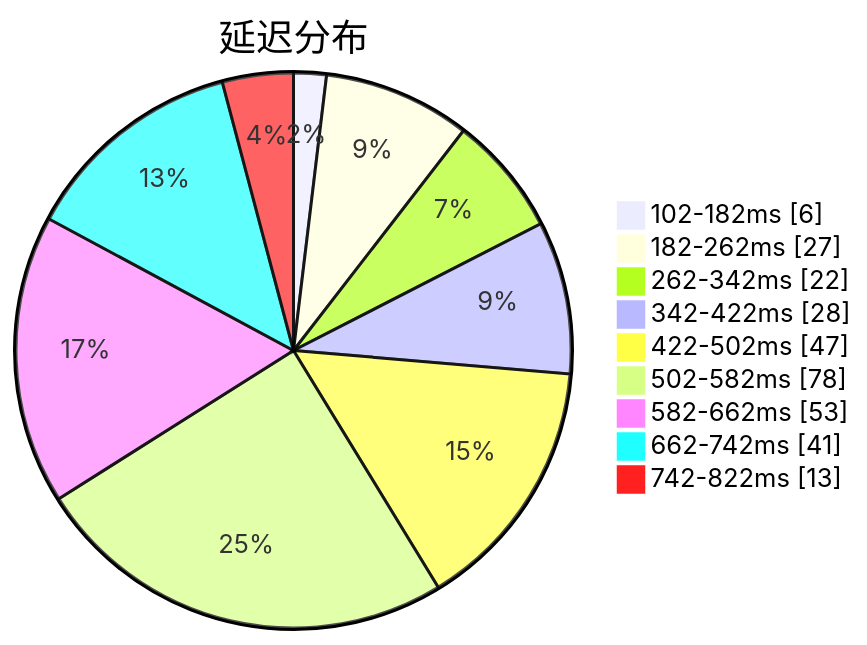
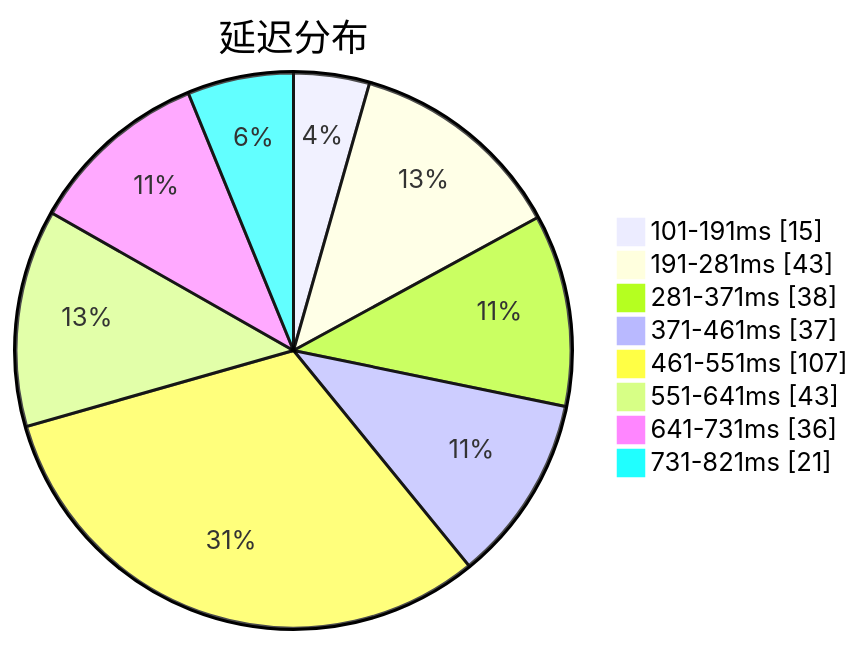
Before and after one commit to sinspired/airport: the first of 3 diagrams in subs/statistics/tested_within.md, drawn with Mermaid. The commit also changed other lines of this file and 2 other files, not shown here.

````diff
--- a/subs/statistics/tested_within.md
+++ b/subs/statistics/tested_within.md
@@ -2,13 +2,12 @@
 ```mermaid
 pie showData
 title 延迟分布
-"102-182ms" : 6
-"182-262ms" : 27
-"262-342ms" : 22
-"342-422ms" : 28
-"422-502ms" : 47
-"502-582ms" : 78
-"582-662ms" : 53
-"662-742ms" : 41
-"742-822ms" : 13
+"101-191ms" : 15
+"191-281ms" : 43
+"281-371ms" : 38
+"371-461ms" : 37
+"461-551ms" : 107
+"551-641ms" : 43
+"641-731ms" : 36
+"731-821ms" : 21
 ```
````
